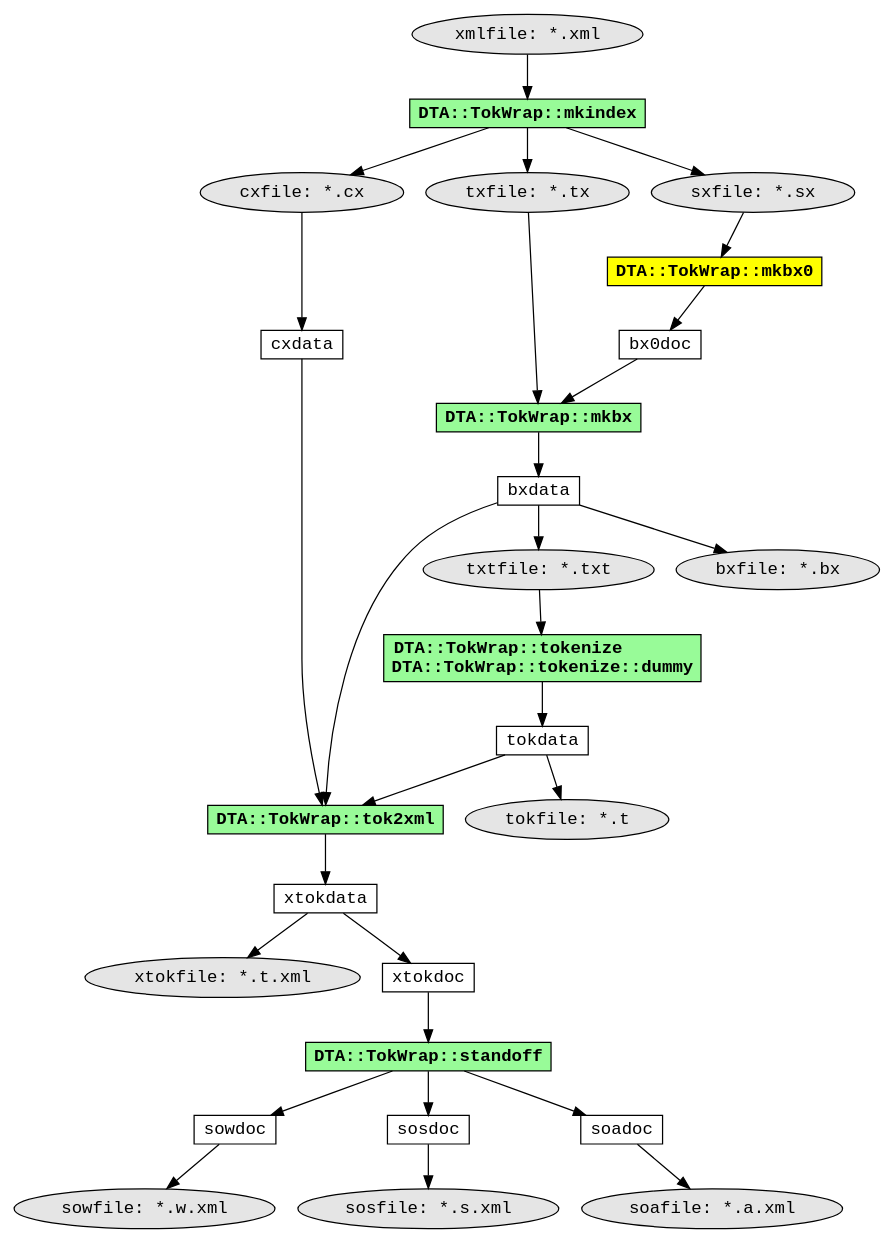
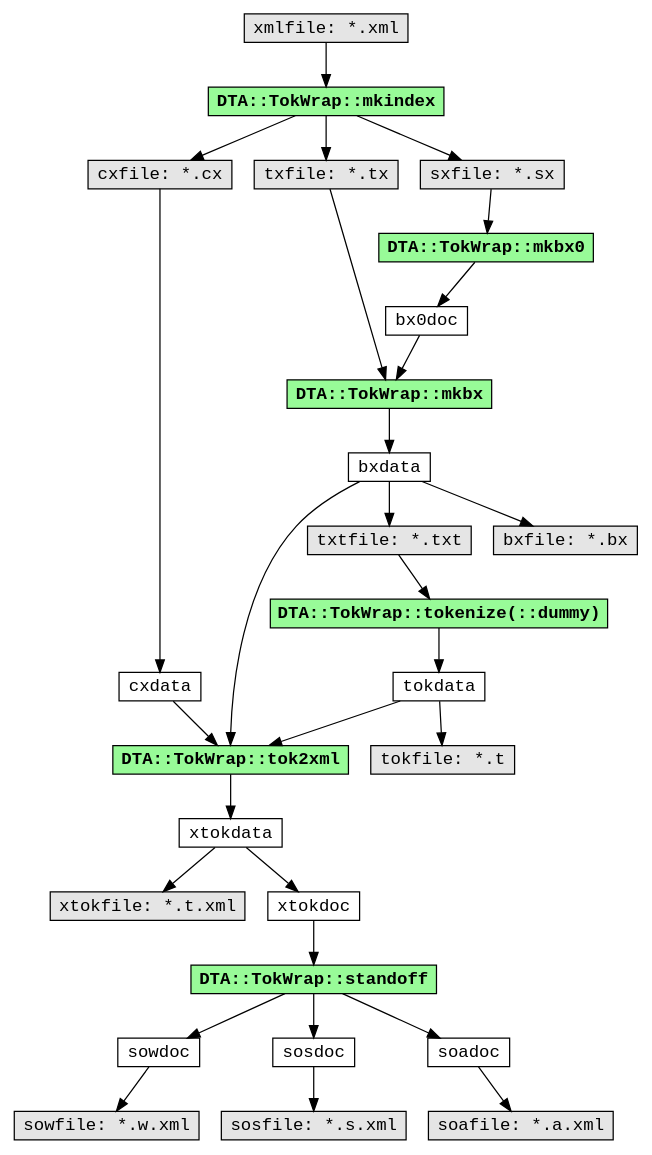
The diagram in doc/dataflow-perl.dot (moocow-the-bovine/dta-tokwrap), drawn with Graphviz before and after one commit. The commit also changed 12 other files, not shown here.

```diff
--- a/doc/dataflow-perl.dot
+++ b/doc/dataflow-perl.dot
@@ -1,76 +1,81 @@
 /* -*- Mode: C -*- */
 digraph dataflow {
   node [shape=rectangle,height=0.25,fontname="Courier"];
   edge [decorate=0,fontname="Courier"];
 
-  xml [label="xmlfile: *.xml",shape=ellipse,style=filled,fillcolor=grey90];
+  xml [label="xmlfile: *.xml",shape=rectangle,style=filled,fillcolor=grey90];
 
   mkindex [label="DTA::TokWrap::mkindex",shape=rectangle,style=filled,fillcolor=PaleGreen,fontname="Courier-Bold"];
   xml -> mkindex;
 
-  cxfile [label="cxfile: *.cx",shape=ellipse,style=filled,fillcolor=grey90];
-  sxfile [label="sxfile: *.sx",shape=ellipse,style=filled,fillcolor=grey90];
-  txfile [label="txfile: *.tx",shape=ellipse,style=filled,fillcolor=grey90];
+  cxfile [label="cxfile: *.cx",shape=rectangle,style=filled,fillcolor=grey90];
+  sxfile [label="sxfile: *.sx",shape=rectangle,style=filled,fillcolor=grey90];
+  txfile [label="txfile: *.tx",shape=rectangle,style=filled,fillcolor=grey90];
   mkindex -> cxfile;
   mkindex -> sxfile;
   mkindex -> txfile;
   {rank=same; cxfile sxfile txfile}
 
   cxdata [label="cxdata"];
   cxfile -> cxdata;
 
   bx0doc [label="bx0doc"];
-  mkbx0 [label="DTA::TokWrap::mkbx0",shape=rectangle,style=filled,fillcolor=yellow,fontname="Courier-Bold"];
+  mkbx0 [label="DTA::TokWrap::mkbx0",shape=rectangle,style=filled,fillcolor=PaleGreen,fontname="Courier-Bold"];
   sxfile -> mkbx0;
   mkbx0 -> bx0doc;
 
   bxdata [label="bxdata"];
   mkbx [label="DTA::TokWrap::mkbx",shape=rectangle,style=filled,fillcolor=PaleGreen,fontname="Courier-Bold"];
   bx0doc -> mkbx;
   txfile -> mkbx;
   mkbx -> bxdata;
+  //{rank=same; bxdata txtfile;}
+  //{rank=same; mkbx bxfile;}
 
-  bxfile [label="bxfile: *.bx",shape=ellipse,style=filled,fillcolor=grey90];
-  txtfile [label="txtfile: *.txt",shape=ellipse,style=filled,fillcolor=grey90];
+  bxfile [label="bxfile: *.bx",shape=rectangle,style=filled,fillcolor=grey90];
+  txtfile [label="txtfile: *.txt",shape=rectangle,style=filled,fillcolor=grey90];
   bxdata -> bxfile;
   bxdata -> txtfile;
-  {rank=same; bxfile txtfile}
+  //{rank=same; bxfile txtfile}
 
   tokdata [label="tokdata"];
-  tokenize [label="DTA::TokWrap::tokenize\lDTA::TokWrap::tokenize::dummy",shape=rectangle,style=filled,fillcolor=PaleGreen,fontname="Courier-Bold",justify="left"];
+  tokenize [label="DTA::TokWrap::tokenize(::dummy)",shape=rectangle,style=filled,fillcolor=PaleGreen,fontname="Courier-Bold",justify="left"];
   txtfile -> tokenize;
   tokenize -> tokdata;
 
-  tokfile [label="tokfile: *.t",shape=ellipse,style=filled,fillcolor=grey90];
+  tokfile [label="tokfile: *.t",shape=rectangle,style=filled,fillcolor=grey90];
   tokdata -> tokfile;
+  //{rank=same; tokdata tokfile;}
 
   xtokdata [label="xtokdata"];
-  xtokfile [label="xtokfile: *.t.xml",shape=ellipse,style=filled,fillcolor=grey90];
+  xtokfile [label="xtokfile: *.t.xml",shape=rectangle,style=filled,fillcolor=grey90];
   xtokdoc  [label="xtokdoc"];
   xtokdata -> xtokfile;
   xtokdata -> xtokdoc;
+  //{rank=same; xtokdata xtokfile;}
 
   tok2xml [label="DTA::TokWrap::tok2xml",shape=rectangle,style=filled,fillcolor=PaleGreen,fontname="Courier-Bold"];
   tokdata -> tok2xml;
   bxdata  -> tok2xml;
   cxdata  -> tok2xml;
   tok2xml -> xtokdata;
+  {rank=same; cxdata tokdata};
 
   standoff [label="DTA::TokWrap::standoff",shape=rectangle,style=filled,fillcolor=PaleGreen,fontname="Courier-Bold"];
   xtokdoc -> standoff;
 
   sowdoc [label="sowdoc"];
   standoff -> sowdoc;
-  sowfile [label="sowfile: *.w.xml",shape=ellipse,style=filled,fillcolor=grey90];
+  sowfile [label="sowfile: *.w.xml",shape=rectangle,style=filled,fillcolor=grey90];
   sowdoc -> sowfile;
   
   sosdoc [label="sosdoc"];
   standoff -> sosdoc;
-  sosfile [label="sosfile: *.s.xml",shape=ellipse,style=filled,fillcolor=grey90];
+  sosfile [label="sosfile: *.s.xml",shape=rectangle,style=filled,fillcolor=grey90];
   sosdoc -> sosfile;
 
   soadoc [label="soadoc"];
   standoff -> soadoc;
-  soafile [label="soafile: *.a.xml",shape=ellipse,style=filled,fillcolor=grey90];
+  soafile [label="soafile: *.a.xml",shape=rectangle,style=filled,fillcolor=grey90];
   soadoc -> soafile;
 }
```
